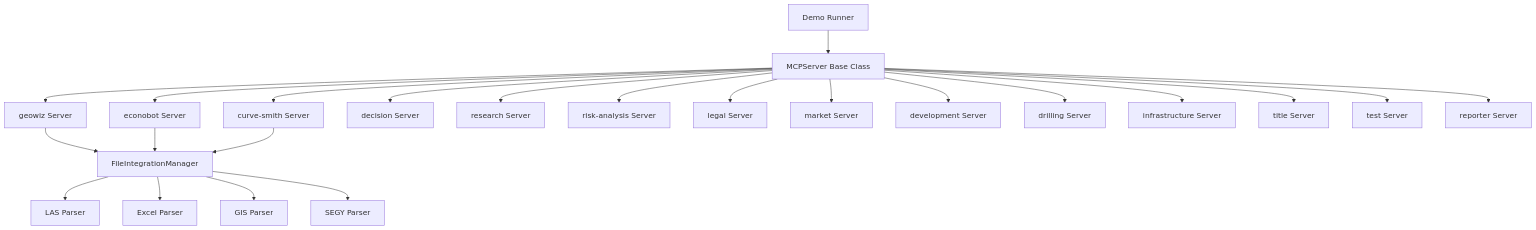
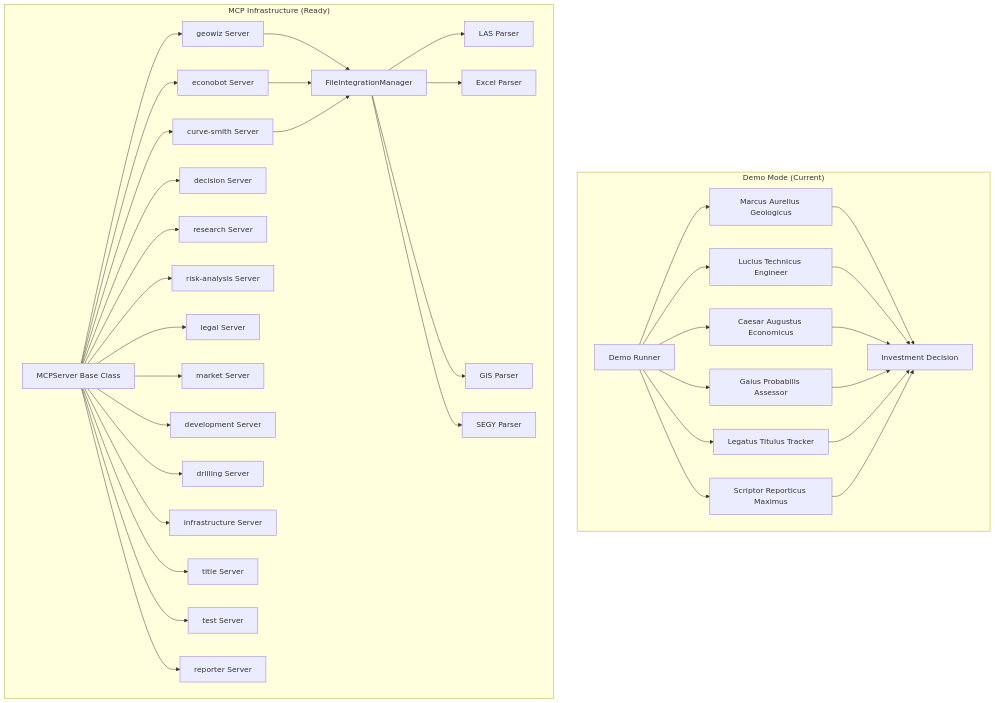
Before and after one commit to ryemyster/ShaleYeah: the diagram in docs/ARCHITECTURE.md, drawn with Mermaid. The commit also changed other lines of this file and 2 other files, not shown here.

Commit message:
docs: update architecture documentation to reflect current state
- Update ARCHITECTURE.md with two-tier demo/MCP architecture explanation
- Correct DEVELOPMENT.md with accurate codebase structure and workflows
- Update GETTING_STARTED.md with realistic timing and demo expectations
- Align all documentation with current demo mode capabilities
- Clarify MCP server infrastructure ready for production integration

Documentation now accurately reflects:
- Demo mode: 6 AI agents, ~5 second analysis, realistic mock data
- MCP infrastructure: 14 servers implemented, ready for AI integration
- Clear distinction between current demo and future production modes

🤖 Generated with [Claude Code](https://claude.ai/code)

````diff
--- a/docs/ARCHITECTURE.md
+++ b/docs/ARCHITECTURE.md
@@ -9,27 +19,43 @@
 ```mermaid
 graph TB
-    Demo[Demo Runner] --> Base[MCPServer Base Class]
-    Base --> G[geowiz Server]
-    Base --> E[econobot Server]
-    Base --> C[curve-smith Server]
-    Base --> D[decision Server]
-    Base --> R[research Server]
-    Base --> Risk[risk-analysis Server]
-    Base --> L[legal Server]
-    Base --> M[market Server]
-    Base --> Dev[development Server]
-    Base --> Dr[drilling Server]
-    Base --> I[infrastructure Server]
-    Base --> T[title Server]
-    Base --> Test[test Server]
-    Base --> Rep[reporter Server]
+    subgraph "Demo Mode (Current)"
+        Demo[Demo Runner] --> A1[Marcus Aurelius Geologicus]
+        Demo --> A2[Lucius Technicus Engineer]
+        Demo --> A3[Caesar Augustus Economicus]
+        Demo --> A4[Gaius Probabilis Assessor]
+        Demo --> A5[Legatus Titulus Tracker]
+        Demo --> A6[Scriptor Reporticus Maximus]
+        A1 --> Report[Investment Decision]
+        A2 --> Report
+        A3 --> Report
+        A4 --> Report
+        A5 --> Report
+        A6 --> Report
+    end
 
-    G --> FileManager[FileIntegrationManager]
-    E --> FileManager
-    C --> FileManager
+    subgraph "MCP Infrastructure (Ready)"
+        Base[MCPServer Base Class] --> G[geowiz Server]
+        Base --> E[econobot Server]
+        Base --> C[curve-smith Server]
+        Base --> D[decision Server]
+        Base --> R[research Server]
+        Base --> Risk[risk-analysis Server]
+        Base --> L[legal Server]
+        Base --> M[market Server]
+        Base --> Dev[development Server]
+        Base --> Dr[drilling Server]
+        Base --> I[infrastructure Server]
+        Base --> T[title Server]
+        Base --> Test[test Server]
+        Base --> Rep[reporter Server]
 
-    FileManager --> LAS[LAS Parser]
-    FileManager --> Excel[Excel Parser]
-    FileManager --> GIS[GIS Parser]
-    FileManager --> SEGY[SEGY Parser]
+        G --> FileManager[FileIntegrationManager]
+        E --> FileManager
+        C --> FileManager
+
+        FileManager --> LAS[LAS Parser]
+        FileManager --> Excel[Excel Parser]
+        FileManager --> GIS[GIS Parser]
+        FileManager --> SEGY[SEGY Parser]
+    end
 ```
````
